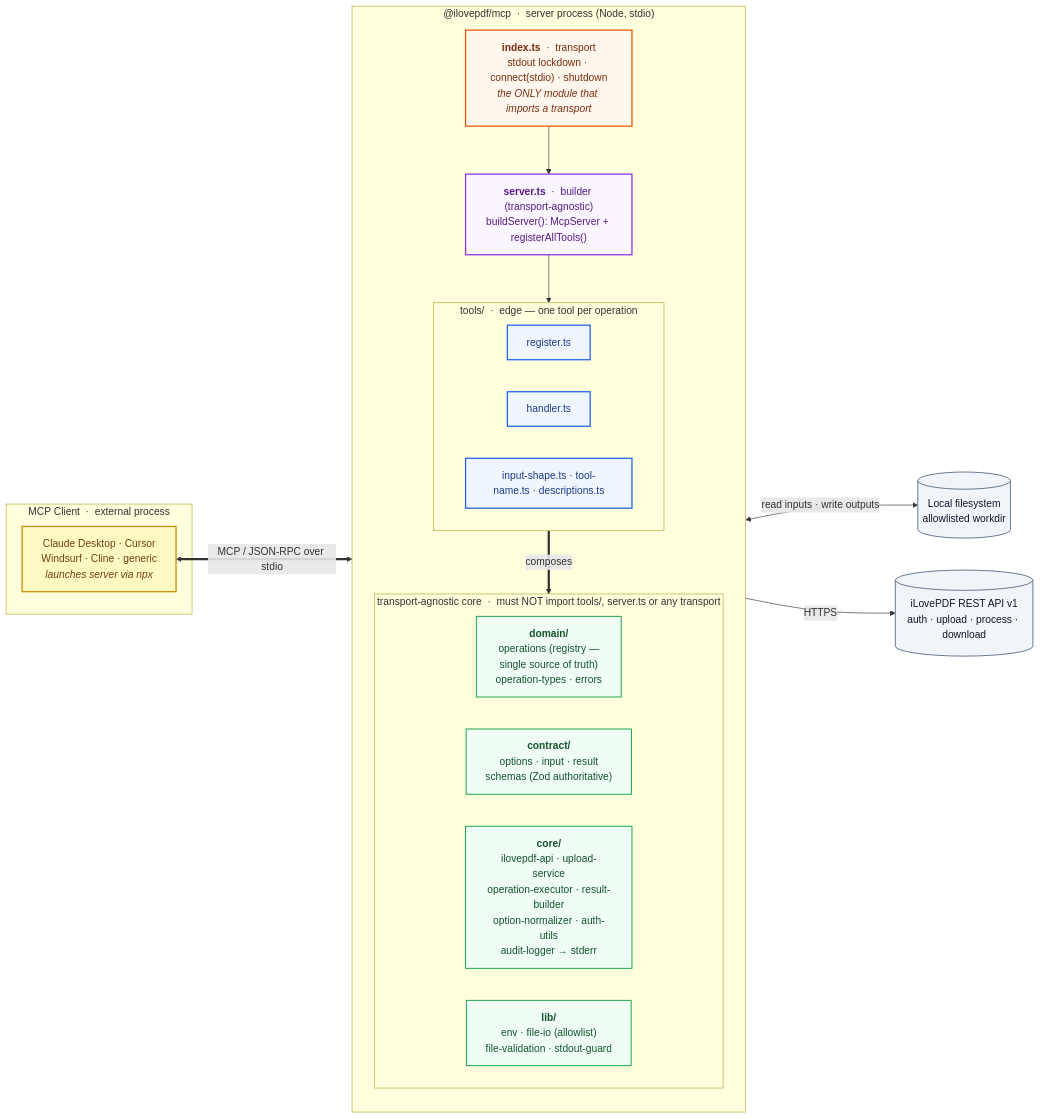
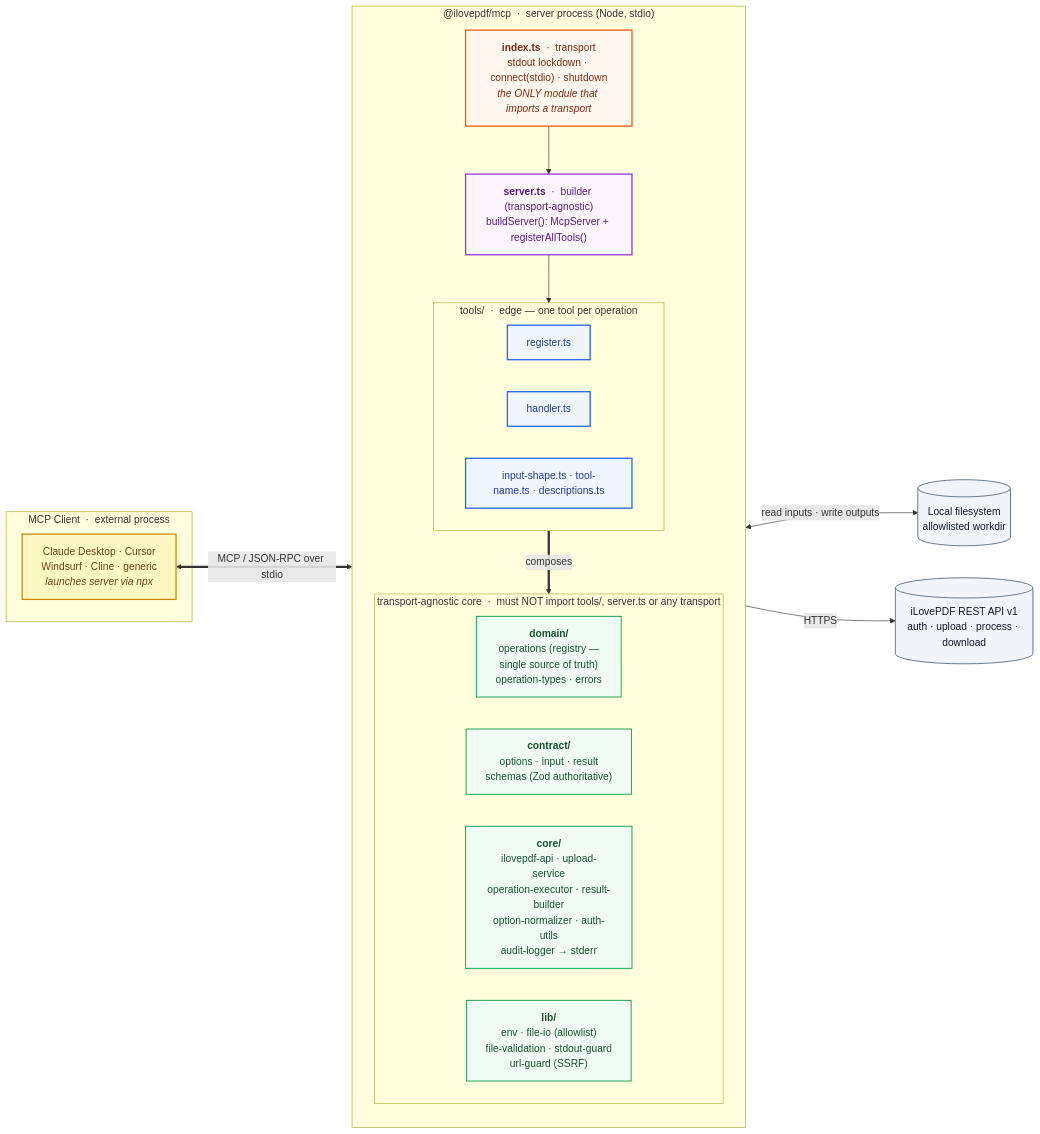
Before and after one commit to ilovepdf/ilovepdf-mcp: the diagram in docs/diagrams/architecture-components.mmd, drawn with Mermaid. The commit also changed 4 other files, not shown here.

First line of the commit message:
docs: accuracy pass — test counts, DEC-6, links, diagram

```diff
--- a/docs/diagrams/architecture-components.mmd
+++ b/docs/diagrams/architecture-components.mmd
@@ -1,43 +1,43 @@
 flowchart LR
     classDef ext fill:#f1f5f9,stroke:#64748b,color:#0f172a,stroke-width:1.5px;
     classDef client fill:#fef9c3,stroke:#ca8a04,color:#713f12,stroke-width:2px;
     classDef transport fill:#fff7ed,stroke:#ea580c,color:#7c2d12,stroke-width:2px;
     classDef builder fill:#faf5ff,stroke:#9333ea,color:#581c87,stroke-width:2px;
     classDef edge fill:#eff6ff,stroke:#2563eb,color:#1e3a8a,stroke-width:2px;
     classDef pkg fill:#f0fdf4,stroke:#16a34a,color:#14532d,stroke-width:1.5px;
 
     subgraph CLIENT["MCP Client &nbsp;·&nbsp; external process"]
         cli["Claude Desktop · Cursor<br/>Windsurf · Cline · generic<br/><i>launches server via npx</i>"]:::client
     end
 
     subgraph SERVER["@ilovepdf/mcp &nbsp;·&nbsp; server process (Node, stdio)"]
         direction TB
         idx["<b>index.ts</b> &nbsp;·&nbsp; transport<br/>stdout lockdown · connect(stdio) · shutdown<br/><i>the ONLY module that imports a transport</i>"]:::transport
         srv["<b>server.ts</b> &nbsp;·&nbsp; builder (transport-agnostic)<br/>buildServer(): McpServer + registerAllTools()"]:::builder
 
         subgraph EDGE["tools/ &nbsp;·&nbsp; edge — one tool per operation"]
             direction LR
             e1["register.ts"]:::edge
             e2["handler.ts"]:::edge
             e3["input-shape.ts · tool-name.ts · descriptions.ts"]:::edge
         end
 
         subgraph CORE["transport-agnostic core &nbsp;·&nbsp; must NOT import tools/, server.ts or any transport"]
             direction LR
             dom["<b>domain/</b><br/>operations (registry —<br/>single source of truth)<br/>operation-types · errors"]:::pkg
             con["<b>contract/</b><br/>options · input · result<br/>schemas (Zod authoritative)"]:::pkg
             cor["<b>core/</b><br/>ilovepdf-api · upload-service<br/>operation-executor · result-builder<br/>option-normalizer · auth-utils<br/>audit-logger → stderr"]:::pkg
-            lib["<b>lib/</b><br/>env · file-io (allowlist)<br/>file-validation · stdout-guard"]:::pkg
+            lib["<b>lib/</b><br/>env · file-io (allowlist)<br/>file-validation · stdout-guard<br/>url-guard (SSRF)"]:::pkg
         end
 
         idx --> srv
         srv --> EDGE
         EDGE ==>|"composes"| CORE
     end
 
     FS[("Local filesystem<br/>allowlisted workdir")]:::ext
     API[("iLovePDF REST API v1<br/>auth · upload · process · download")]:::ext
 
     cli <==>|"MCP / JSON-RPC over stdio"| idx
     lib <-->|"read inputs · write outputs"| FS
     cor -->|"HTTPS"| API
```
